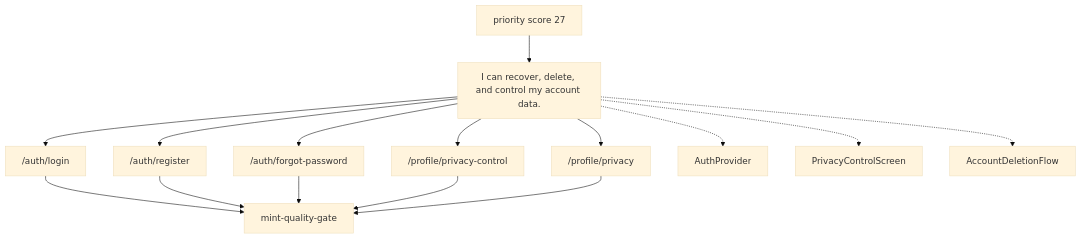
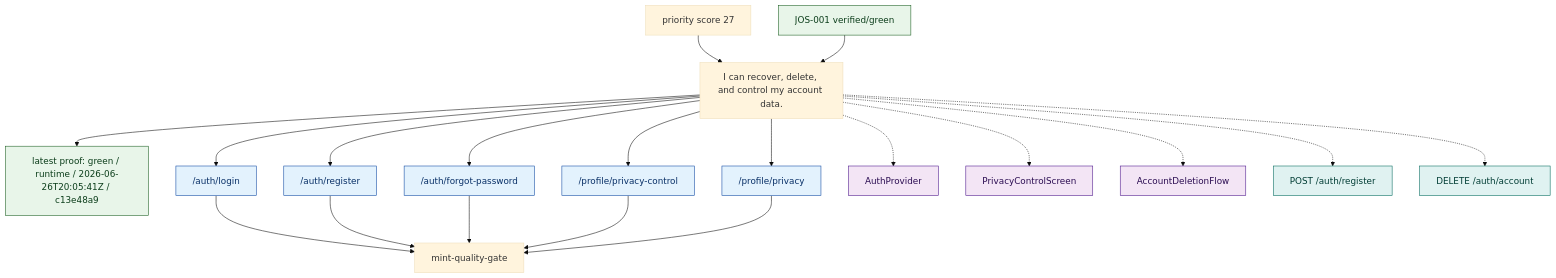
One commit to MINT-IA/MINT changed the diagram in .planning/journeys/diagrams/account_lifecycle_delete.mmd. Above: the diagram before and after it, drawn with Mermaid (base theme). The commit also changed 30 other files, not shown here.

```diff
--- a/.planning/journeys/diagrams/account_lifecycle_delete.mmd
+++ b/.planning/journeys/diagrams/account_lifecycle_delete.mmd
@@ -1,27 +1,55 @@
 %% Generated from .planning/journeys/records/account_lifecycle_delete.json
 flowchart TD
   promise["I can recover, delete, and control my account data."]
   team["mint-quality-gate"]
+  latest["latest proof: green / runtime / 2026-06-26T20:05:41Z / c13e48a9"]
+  promise --> latest
+  classDef green fill:#e8f5e9,stroke:#1b5e20,color:#0b3d1a;
+  classDef red fill:#ffebee,stroke:#b71c1c,color:#5f1111;
+  classDef amber fill:#fff8e1,stroke:#ff8f00,color:#5f3b00;
+  classDef blocked fill:#eceff1,stroke:#455a64,color:#263238;
+  classDef neutral fill:#f5f5f5,stroke:#616161,color:#212121;
+  classDef route fill:#e3f2fd,stroke:#0d47a1,color:#082f66;
+  classDef surface fill:#f3e5f5,stroke:#4a148c,color:#2b0d52;
+  classDef api fill:#e0f2f1,stroke:#00695c,color:#003d35;
+  class latest green
   priority["priority score 27"]
   priority --> promise
   route_auth_login["/auth/login"]
   promise --> route_auth_login
   route_auth_login --> team
+  class route_auth_login route
   route_auth_register["/auth/register"]
   promise --> route_auth_register
   route_auth_register --> team
+  class route_auth_register route
   route_auth_forgot_password["/auth/forgot-password"]
   promise --> route_auth_forgot_password
   route_auth_forgot_password --> team
+  class route_auth_forgot_password route
   route_profile_privacy_control["/profile/privacy-control"]
   promise --> route_profile_privacy_control
   route_profile_privacy_control --> team
+  class route_profile_privacy_control route
   route_profile_privacy["/profile/privacy"]
   promise --> route_profile_privacy
   route_profile_privacy --> team
+  class route_profile_privacy route
   surface_AuthProvider["AuthProvider"]
   promise -.-> surface_AuthProvider
+  class surface_AuthProvider surface
   surface_PrivacyControlScreen["PrivacyControlScreen"]
   promise -.-> surface_PrivacyControlScreen
+  class surface_PrivacyControlScreen surface
   surface_AccountDeletionFlow["AccountDeletionFlow"]
   promise -.-> surface_AccountDeletionFlow
+  class surface_AccountDeletionFlow surface
+  api_POST_auth_register["POST /auth/register"]
+  promise -.-> api_POST_auth_register
+  class api_POST_auth_register api
+  api_DELETE_auth_account["DELETE /auth/account"]
+  promise -.-> api_DELETE_auth_account
+  class api_DELETE_auth_account api
+  issue_JOS_001["JOS-001 verified/green"]
+  issue_JOS_001 --> promise
+  class issue_JOS_001 green
```
